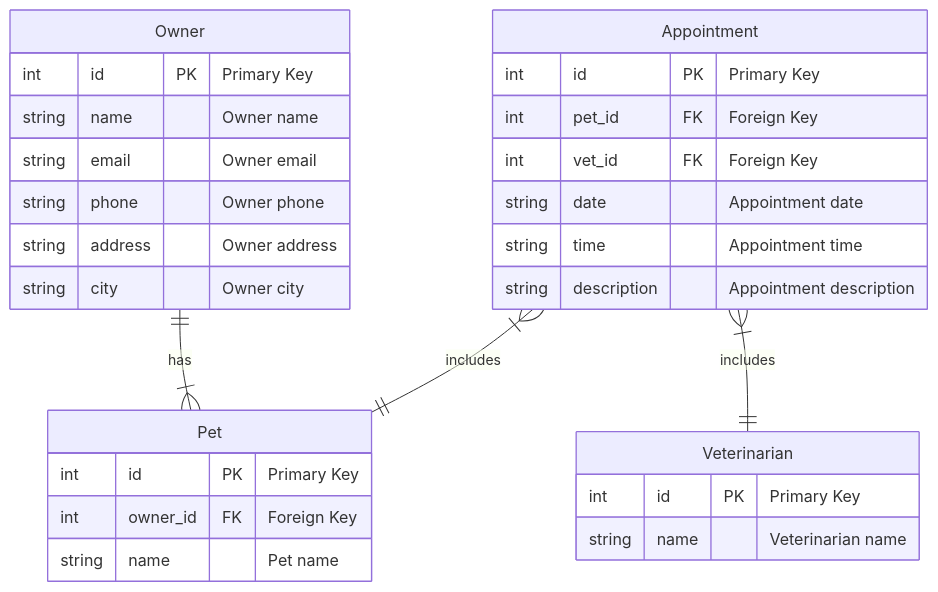
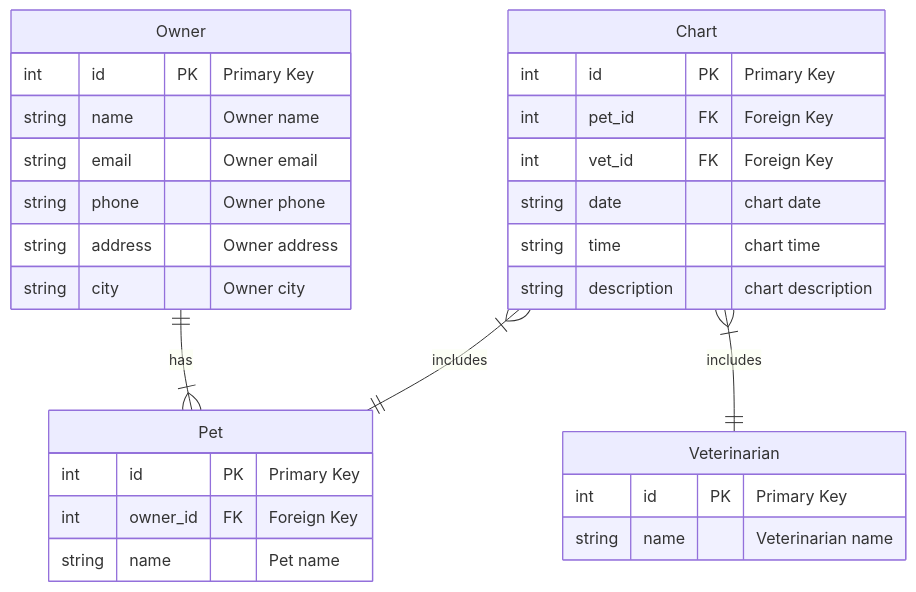
Before and after one commit to RCristiano/api-agenda: the first of 2 diagrams in README.md, drawn with Mermaid. The commit also changed other lines of this file, not shown here.

````diff
--- a/README.md
+++ b/README.md
@@ -5,31 +5,31 @@
 ```mermaid
 erDiagram
     Owner {
         int id PK "Primary Key"
         string name "Owner name"
         string email "Owner email"
         string phone "Owner phone"
         string address "Owner address"
         string city "Owner city"
     }
     Pet {
         int id PK "Primary Key"
         int owner_id FK "Foreign Key"
         string name "Pet name"
     }
     Veterinarian {
     int id PK "Primary Key"
         string name "Veterinarian name"
     }
-    Appointment {
+    Chart {
         int id PK "Primary Key"
         int pet_id FK "Foreign Key"
         int vet_id FK "Foreign Key"
-        string date "Appointment date"
-        string time "Appointment time"
-        string description "Appointment description"
+        string date "chart date"
+        string time "chart time"
+        string description "chart description"
     }
     Owner ||--|{ Pet : has
-    Appointment }|--|| Pet : includes
-    Appointment }|--|| Veterinarian : includes
+    Chart }|--|| Pet : includes
+    Chart }|--|| Veterinarian : includes
 ```
````
